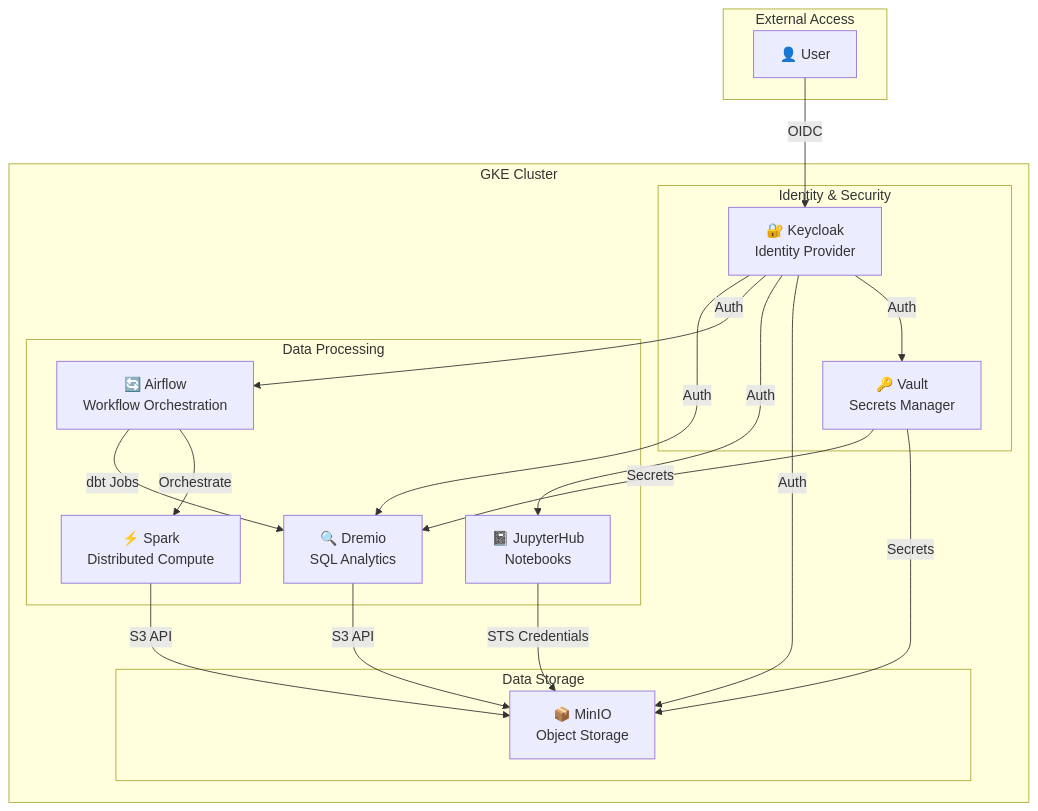
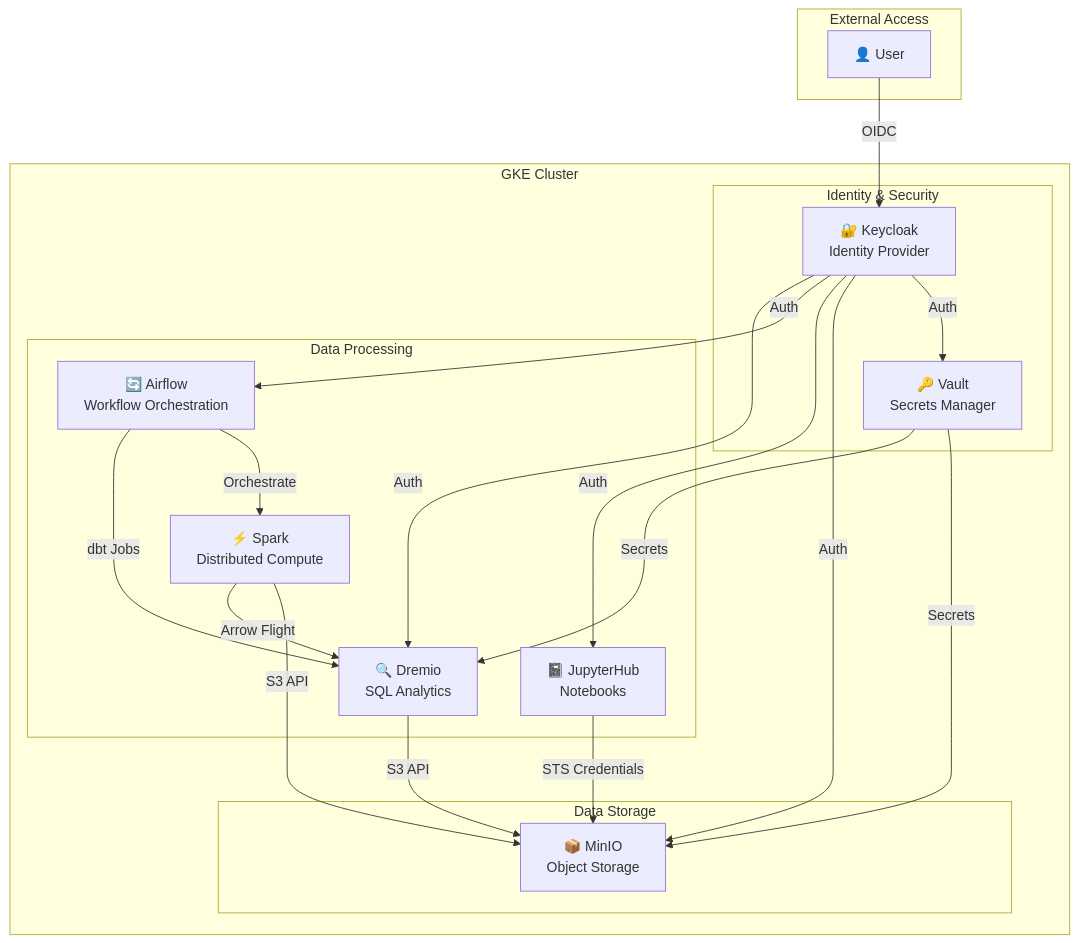
Before and after one commit to rammi-dev/dremio-platform1: the first of 9 diagrams in docs/ARCHITECTURE.md, drawn with Mermaid. The commit also changed 1 other file, not shown here.

Commit message:
Spark docs

````diff
--- a/docs/ARCHITECTURE.md
+++ b/docs/ARCHITECTURE.md
@@ -7,40 +7,41 @@
 ```mermaid
 graph TB
     subgraph External["External Access"]
         User[👤 User]
     end
     
     subgraph GKE["GKE Cluster"]
         subgraph Identity["Identity & Security"]
             KC[🔐 Keycloak<br/>Identity Provider]
             Vault[🔑 Vault<br/>Secrets Manager]
         end
         
         subgraph Storage["Data Storage"]
             MinIO[📦 MinIO<br/>Object Storage]
         end
         
         subgraph Compute["Data Processing"]
             JH[📓 JupyterHub<br/>Notebooks]
             AF[🔄 Airflow<br/>Workflow Orchestration]
             Spark[⚡ Spark<br/>Distributed Compute]
             Dremio[🔍 Dremio<br/>SQL Analytics]
         end
     end
     
     User -->|OIDC| KC
     KC -->|Auth| Vault
     KC -->|Auth| MinIO
     KC -->|Auth| JH
     KC -->|Auth| AF
     KC -->|Auth| Dremio
     
     JH -->|STS Credentials| MinIO
     AF -->|Orchestrate| Spark
     AF -->|dbt Jobs| Dremio
     Spark -->|S3 API| MinIO
+    Spark -->|Arrow Flight| Dremio
     Dremio -->|S3 API| MinIO
     
     Vault -->|Secrets| MinIO
     Vault -->|Secrets| Dremio
 ```
````
